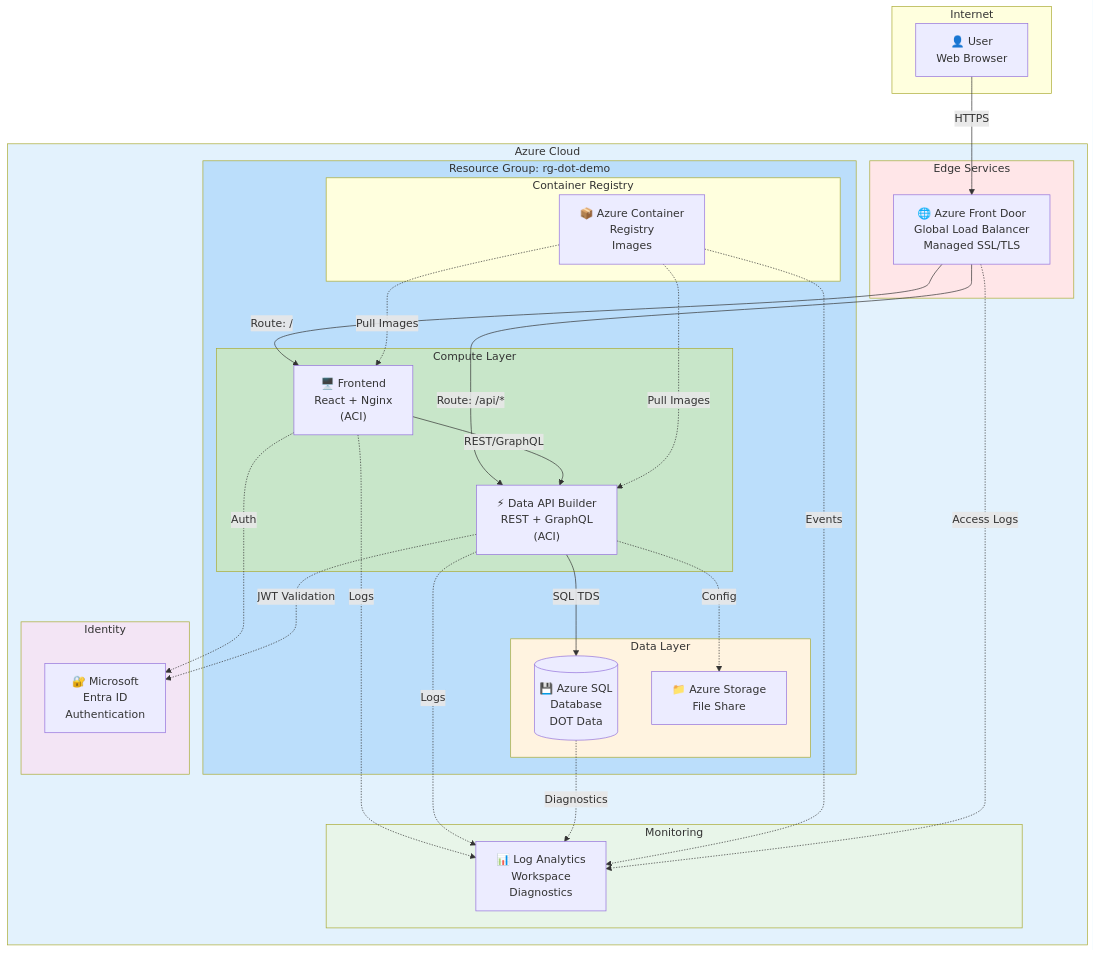
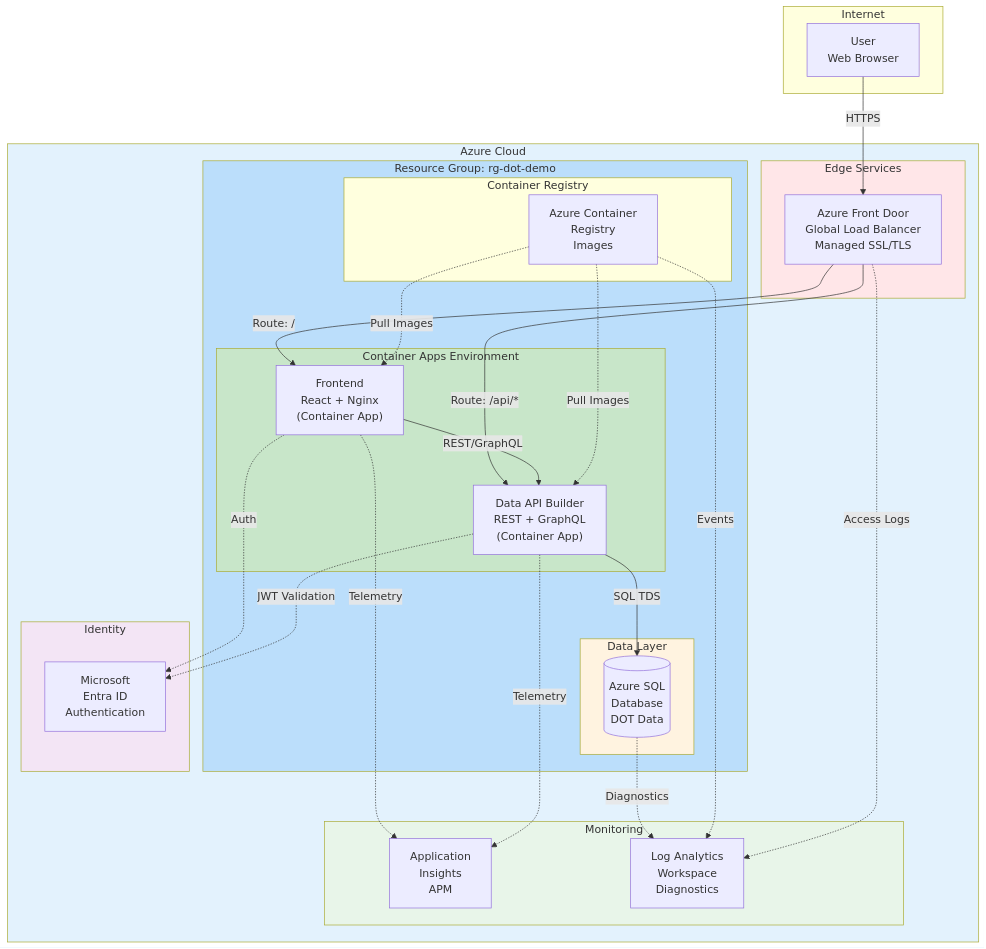
The first of 13 diagrams in docs/architecture.md (fgarofalo56/azure-dab-fullstack-demo), drawn with Mermaid before and after one commit. The commit also changed other lines of this file and 40 other files, not shown here.

First line of the commit message:
feat(docs): comprehensive documentation overhaul with Azure icons and MS Learn images

````diff
--- a/docs/architecture.md
+++ b/docs/architecture.md
@@ -43,60 +59,59 @@
 ```mermaid
 flowchart TB
     subgraph Internet["Internet"]
-        User["👤 User<br/>Web Browser"]
+        User["User<br/>Web Browser"]
     end
 
     subgraph Azure["Azure Cloud"]
         subgraph Edge["Edge Services"]
-            FrontDoor["🌐 Azure Front Door<br/>Global Load Balancer<br/>Managed SSL/TLS"]
+            FrontDoor["Azure Front Door<br/>Global Load Balancer<br/>Managed SSL/TLS"]
         end
 
         subgraph RG["Resource Group: rg-dot-demo"]
-            subgraph Compute["Compute Layer"]
-                Frontend["🖥️ Frontend<br/>React + Nginx<br/>(ACI)"]
-                DAB["⚡ Data API Builder<br/>REST + GraphQL<br/>(ACI)"]
+            subgraph CAE["Container Apps Environment"]
+                Frontend["Frontend<br/>React + Nginx<br/>(Container App)"]
+                DAB["Data API Builder<br/>REST + GraphQL<br/>(Container App)"]
             end
 
             subgraph Data["Data Layer"]
-                SQL[("💾 Azure SQL<br/>Database<br/>DOT Data")]
-                Storage["📁 Azure Storage<br/>File Share"]
+                SQL[("Azure SQL<br/>Database<br/>DOT Data")]
             end
 
             subgraph Registry["Container Registry"]
-                ACR["📦 Azure Container<br/>Registry<br/>Images"]
+                ACR["Azure Container<br/>Registry<br/>Images"]
             end
         end
 
         subgraph Monitoring["Monitoring"]
-            LAW["📊 Log Analytics<br/>Workspace<br/>Diagnostics"]
+            AppInsights["Application<br/>Insights<br/>APM"]
+            LAW["Log Analytics<br/>Workspace<br/>Diagnostics"]
         end
 
         subgraph Identity["Identity"]
-            EntraID["🔐 Microsoft<br/>Entra ID<br/>Authentication"]
+            EntraID["Microsoft<br/>Entra ID<br/>Authentication"]
         end
     end
 
     User -->|HTTPS| FrontDoor
     FrontDoor -->|"Route: /"| Frontend
     FrontDoor -->|"Route: /api/*"| DAB
     Frontend -->|REST/GraphQL| DAB
     DAB -->|SQL TDS| SQL
-    DAB -.->|Config| Storage
     Frontend -.->|Auth| EntraID
     DAB -.->|JWT Validation| EntraID
     ACR -.->|Pull Images| Frontend
     ACR -.->|Pull Images| DAB
-    Frontend -.->|Logs| LAW
-    DAB -.->|Logs| LAW
+    Frontend -.->|Telemetry| AppInsights
+    DAB -.->|Telemetry| AppInsights
     SQL -.->|Diagnostics| LAW
     ACR -.->|Events| LAW
     FrontDoor -.->|Access Logs| LAW
 
     style Azure fill:#e3f2fd
     style Edge fill:#ffe6e8
     style RG fill:#bbdefb
-    style Compute fill:#c8e6c9
+    style CAE fill:#c8e6c9
     style Data fill:#fff3e0
     style Identity fill:#f3e5f5
     style Monitoring fill:#e8f5e9
 ```
````
